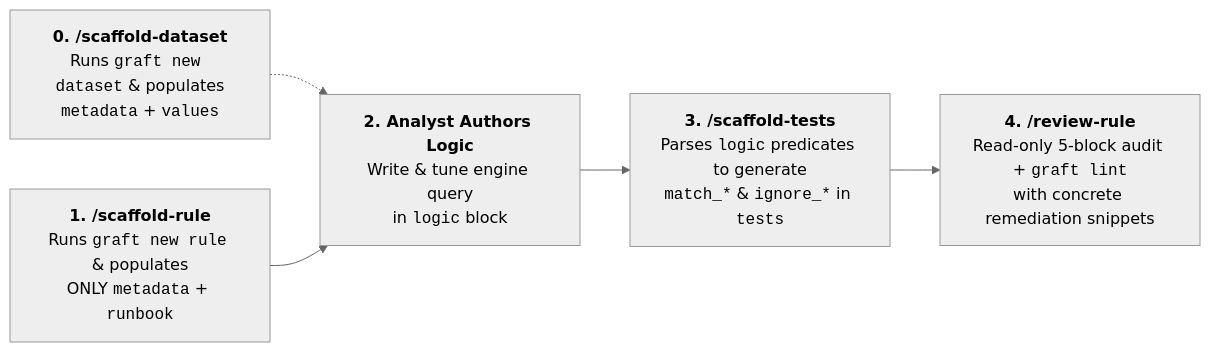
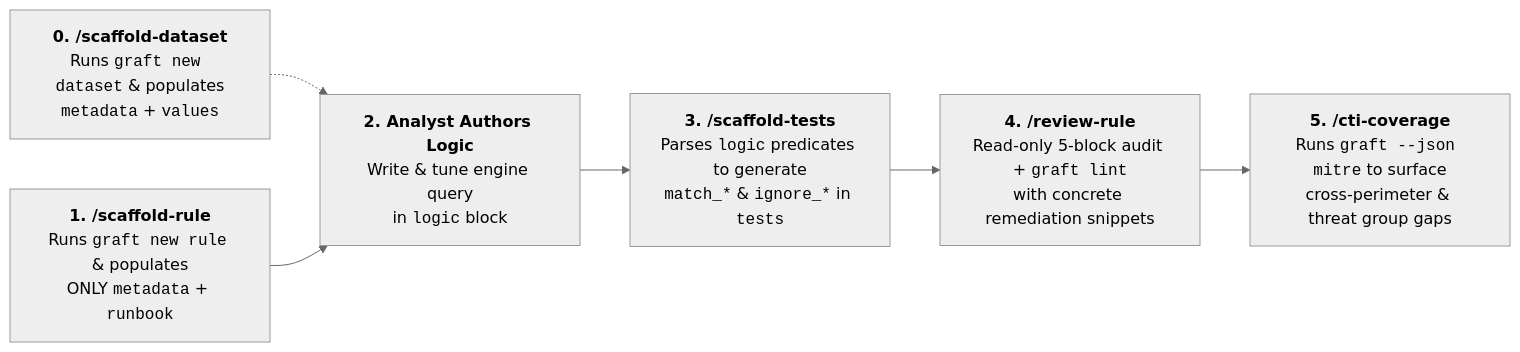
The third of 5 diagrams in docs/analysts/rule_authoring.md (lopes/graft), drawn with Mermaid (neutral theme) before and after one commit. The commit also changed other lines of this file and 32 other files, not shown here.

````diff
--- a/docs/analysts/rule_authoring.md
+++ b/docs/analysts/rule_authoring.md
@@ -323,11 +323,12 @@
 ```mermaid
 flowchart LR
     S0["<b>0. /scaffold-dataset</b><br/>Runs <code>graft new dataset</code> &amp; populates<br/><code>metadata</code> + <code>values</code>"]
     S1["<b>1. /scaffold-rule</b><br/>Runs <code>graft new rule</code> &amp; populates<br/>ONLY <code>metadata</code> + <code>runbook</code>"]
     LOGIC["<b>2. Analyst Authors Logic</b><br/>Write &amp; tune engine query<br/>in <code>logic</code> block"]
     S2["<b>3. /scaffold-tests</b><br/>Parses <code>logic</code> predicates to generate<br/><code>match_*</code> &amp; <code>ignore_*</code> in <code>tests</code>"]
     S3["<b>4. /review-rule</b><br/>Read-only 5-block audit + <code>graft lint</code><br/>with concrete remediation snippets"]
+    S4["<b>5. /cti-coverage</b><br/>Runs <code>graft --json mitre</code> to surface<br/>cross-perimeter &amp; threat group gaps"]
 
     S0 -.-> LOGIC
-    S1 --> LOGIC --> S2 --> S3
+    S1 --> LOGIC --> S2 --> S3 --> S4
 ```
````
